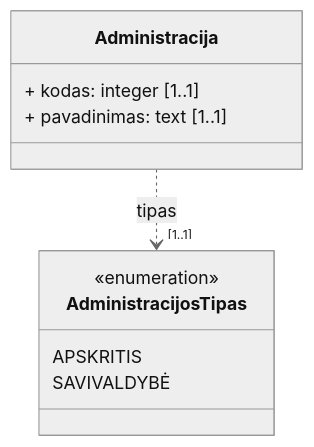
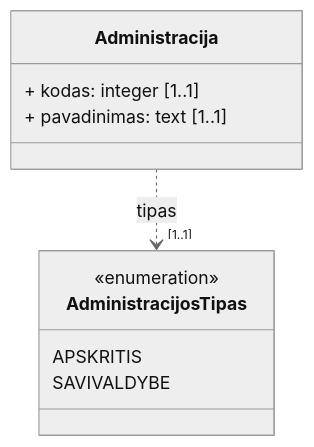
Diagram 11 of 14 in _sources/modelis.rst (karina-klinkeviciute/dsa), drawn with Mermaid (neutral theme) before and after one commit. The commit also changed other lines of this file and 4 other files, not shown here.

```diff
--- a/_sources/modelis.rst
+++ b/_sources/modelis.rst
@@ -483,16 +483,16 @@
 .. mermaid::
 
    classDiagram
    
      class AdministracijosTipas {
        <<enumeration>> 
        APSKRITIS
-       SAVIVALDYBĖ
+       SAVIVALDYBE
      }
    
      class Administracija {
        + kodas: integer [1..1]
        + pavadinimas: text [1..1]
      }
    
      Administracija ..> "[1..1]" AdministracijosTipas : tipas
```
